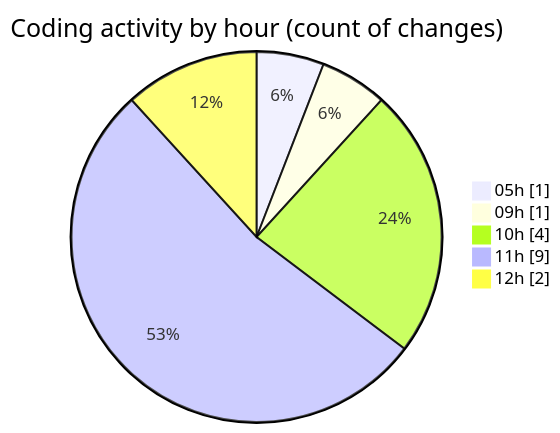
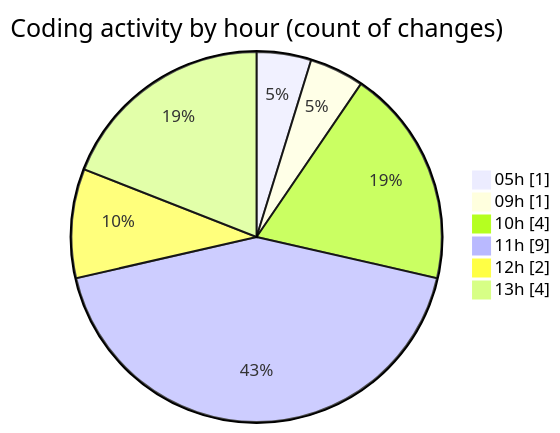
One commit to FelipKnott/code-tracking changed the second of 2 diagrams in 2025-07-13/cursor/README.md. Above: the diagram before and after it, drawn with Mermaid. The commit also changed other lines of this file and 1 other file, not shown here.

````diff
--- a/2025-07-13/cursor/README.md
+++ b/2025-07-13/cursor/README.md
@@ -35,9 +36,10 @@
 ```mermaid
 pie showData
 title Coding activity by hour (count of changes)
 "05h" : 1
 "09h" : 1
 "10h" : 4
 "11h" : 9
 "12h" : 2
+"13h" : 4
 ```
````
